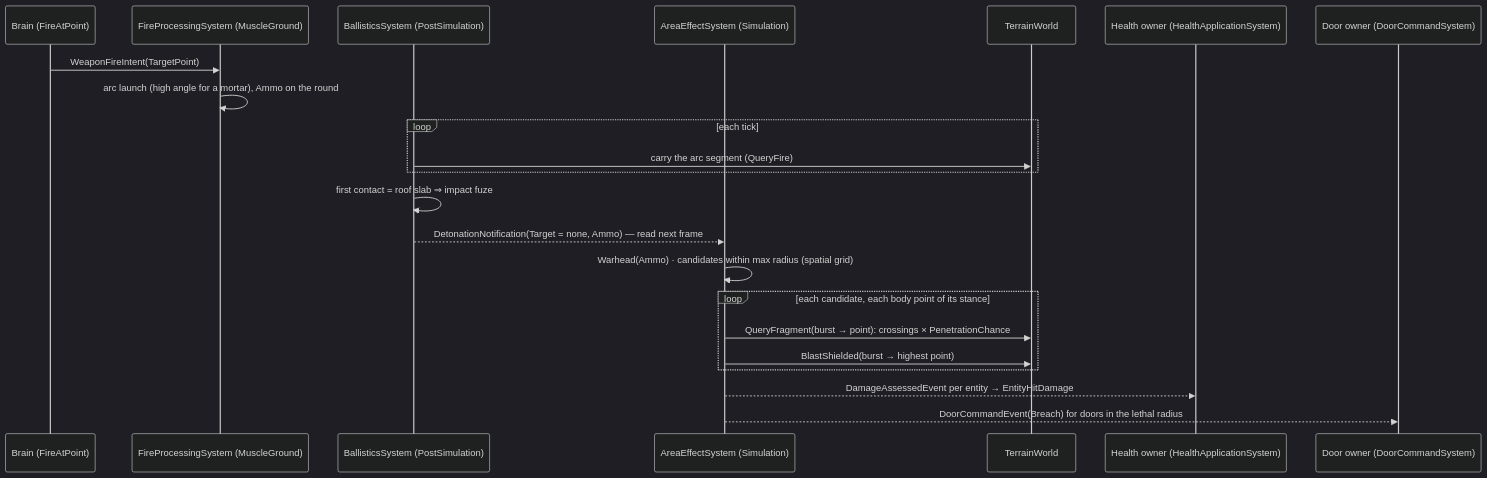
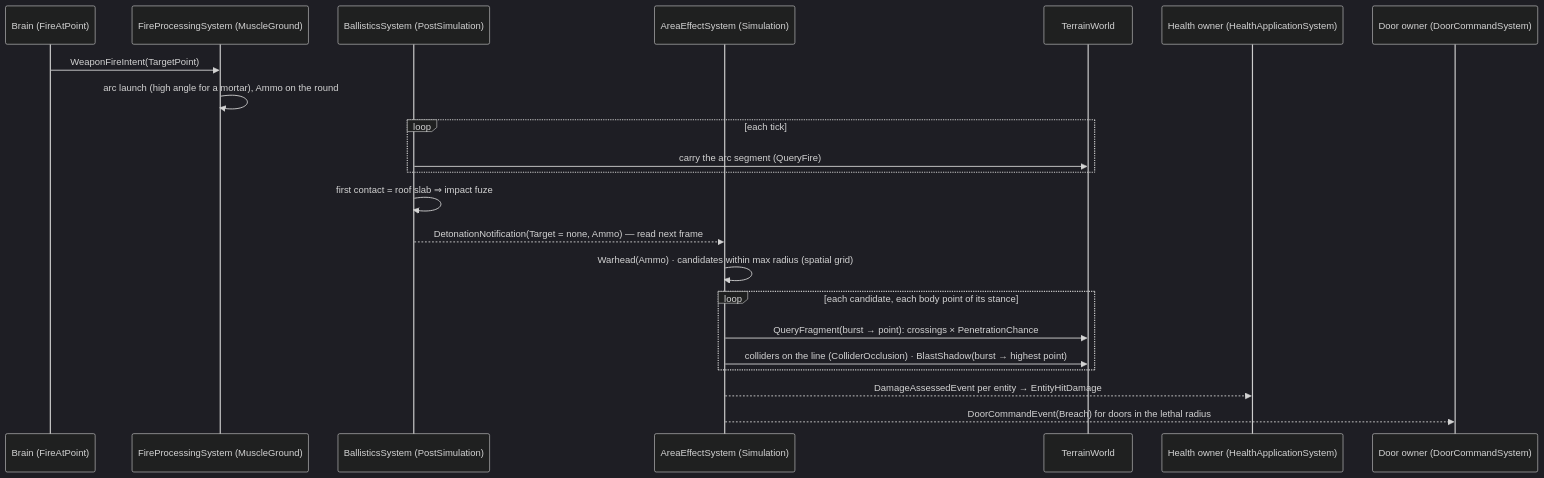
One commit to pjanec/HROT changed diagram 29 of 31 in docs/DESIGN_Building_Interiors.md. Above: the diagram before and after it, drawn with Mermaid (dark theme). The commit also changed other lines of this file and 1 other file, not shown here.

First line of the commit message:
Stage 6 design: fragments shielded by colliders (W-6'), blast diffraction shadow (W-7'), confinement v2 (R-225)

````diff
--- a/docs/DESIGN_Building_Interiors.md
+++ b/docs/DESIGN_Building_Interiors.md
@@ -1178,24 +1181,24 @@
 ```mermaid
 sequenceDiagram
     participant B as Brain (FireAtPoint)
     participant F as FireProcessingSystem (MuscleGround)
     participant K as BallisticsSystem (PostSimulation)
     participant A as AreaEffectSystem (Simulation)
     participant T as TerrainWorld
     participant O as Health owner (HealthApplicationSystem)
     participant D as Door owner (DoorCommandSystem)
     B->>F: WeaponFireIntent(TargetPoint)
     F->>F: arc launch (high angle for a mortar), Ammo on the round
     loop each tick
         K->>T: carry the arc segment (QueryFire)
     end
     K->>K: first contact = roof slab ⇒ impact fuze
     K-->>A: DetonationNotification(Target = none, Ammo) — read next frame
     A->>A: Warhead(Ammo) · candidates within max radius (spatial grid)
     loop each candidate, each body point of its stance
         A->>T: QueryFragment(burst → point): crossings × PenetrationChance
-        A->>T: BlastShielded(burst → highest point)
+        A->>T: colliders on the line (ColliderOcclusion) · BlastShadow(burst → highest point)
     end
     A-->>O: DamageAssessedEvent per entity → EntityHitDamage
     A-->>D: DoorCommandEvent(Breach) for doors in the lethal radius
 ```
````
